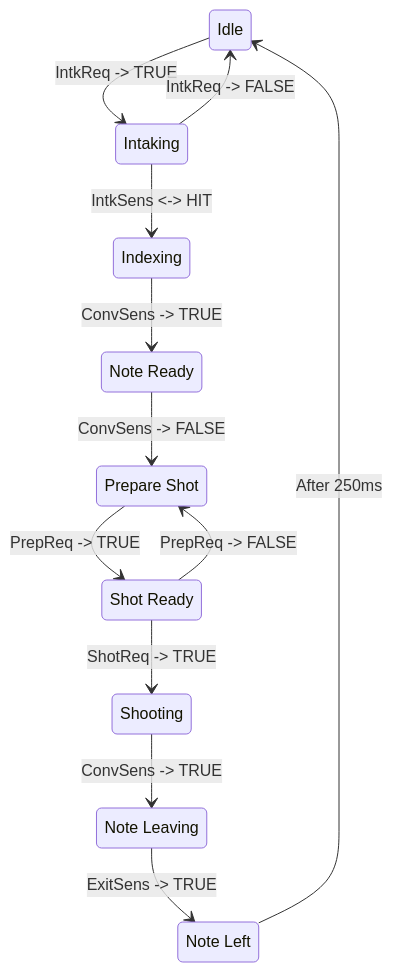
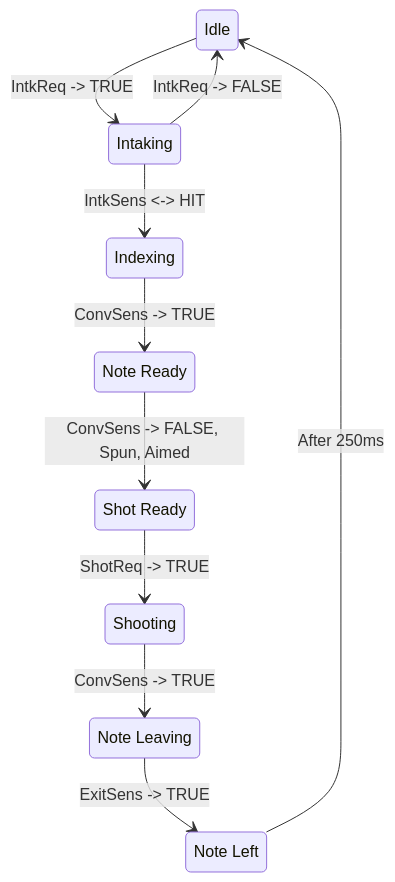
One commit to WaltonRobotics/Crescendo changed the diagram in docs/superstructure.md. Above: the diagram before and after it, drawn with Mermaid. The commit also changed other lines of this file, not shown here.

Commit message:
remove prep shot state

````diff
--- a/docs/superstructure.md
+++ b/docs/superstructure.md
@@ -21,25 +21,22 @@
 ```mermaid
 stateDiagram-v2
   state "Idle" as s1
   state "Intaking" as s2
   state "Indexing" as s3
   state "Note Ready" as s4
-  state "Prepare Shot" as s5
-  state "Shot Ready" as s6
-  state "Shooting" as s7
-  state "Note Leaving" as s8
-  state "Note Left" as s9
+  state "Shot Ready" as s5
+  state "Shooting" as s6
+  state "Note Leaving" as s7
+  state "Note Left" as s8
 
   s1 --> s2: IntkReq -> TRUE
   s2 --> s1: IntkReq -> FALSE
   s2 --> s3: IntkSens <-> HIT
   s3 --> s4: ConvSens -> TRUE
-  s4 --> s5: ConvSens -> FALSE
-  s5 --> s6: PrepReq -> TRUE
-  s6 --> s5: PrepReq -> FALSE
-  s6 --> s7: ShotReq -> TRUE
-  s7 --> s8: ConvSens -> TRUE
-  s8 --> s9: ExitSens -> TRUE
-  s9 --> s1: After 250ms
+  s4 --> s5: ConvSens -> FALSE, Spun, Aimed
+  s5 --> s6: ShotReq -> TRUE
+  s6 --> s7: ConvSens -> TRUE
+  s7 --> s8: ExitSens -> TRUE
+  s8 --> s1: After 250ms
 
 ```
````
